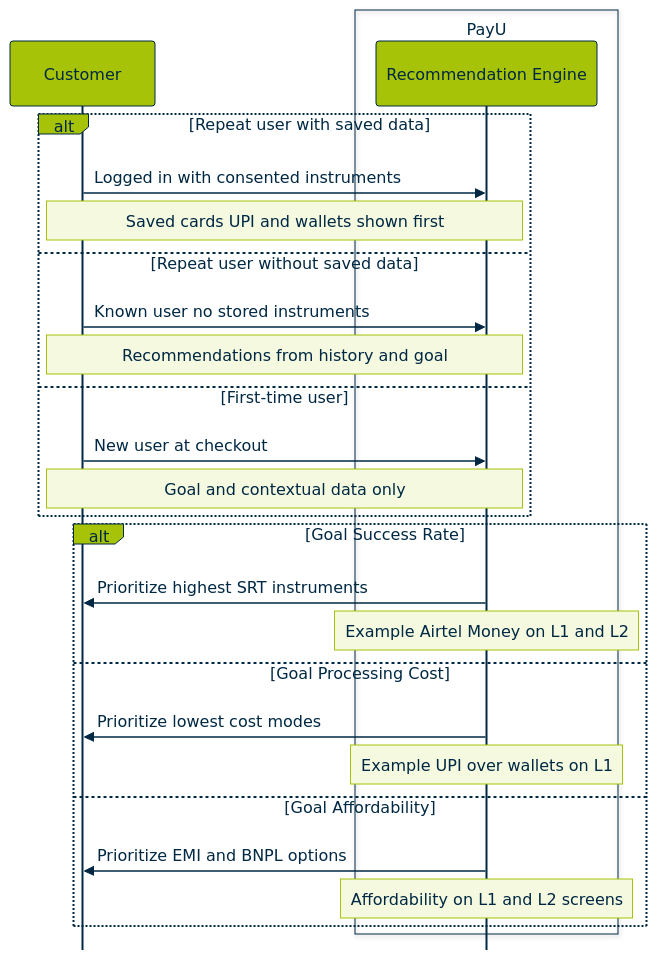
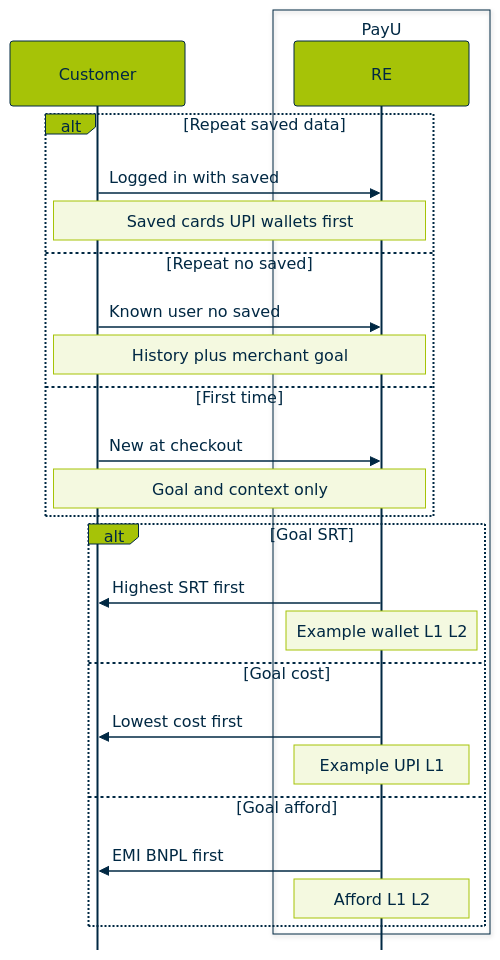
Before and after one commit to payu-india/CMS-Chatbot: diagram 13 of 17 in docs/RECYCLE BIN/internal-review-swimlane-diagrams.md, drawn with Mermaid. The commit also changed other lines of this file, not shown here.

Commit message:
Update doc `internal-review-swimlane-diagrams`

````diff
--- a/docs/RECYCLE BIN/internal-review-swimlane-diagrams.md
+++ b/docs/RECYCLE BIN/internal-review-swimlane-diagrams.md
@@ -914,64 +921,64 @@
 ```mermaid
 %%{init: {
   "theme": "base",
   "sequence": {
     "mirrorActors": false,
     "rightAngles": true,
     "messageAlign": "left",
     "fontSize": 10,
     "actorFontSize": 10,
     "noteFontSize": 10,
-    "actorMargin": 72,
-    "width": 145,
+    "actorMargin": 88,
+    "width": 175,
     "boxMargin": 8,
-    "messageMargin": 32,
-    "diagramMarginX": 45,
+    "messageMargin": 34,
+    "diagramMarginX": 48,
     "diagramMarginY": 16
   },
   "themeVariables": {
     "fontFamily": "Arial, Helvetica, sans-serif",
     "fontSize": "10px",
     "background": "#FFFFFF",
     "primaryColor": "#A6C307",
     "primaryTextColor": "#002843",
     "primaryBorderColor": "#002843",
     "secondaryColor": "#F4F9E0",
     "lineColor": "#002843",
     "textColor": "#002843",
     "actorBkg": "#A6C307",
     "actorBorder": "#002843",
     "actorTextColor": "#002843",
     "signalColor": "#002843",
     "noteBkgColor": "#F4F9E0",
     "noteTextColor": "#002843",
     "noteBorderColor": "#A6C307"
   }
 }}%%
 sequenceDiagram
     participant Customer
     box PayU
-        participant RE as Recommendation Engine
+        participant RE as RE
     end
 
-    alt Repeat user with saved data
-        Customer->>RE: Logged in with consented instruments
-        Note over Customer,RE: Saved cards UPI and wallets shown first
-    else Repeat user without saved data
-        Customer->>RE: Known user no stored instruments
-        Note over Customer,RE: Recommendations from history and goal
-    else First-time user
-        Customer->>RE: New user at checkout
-        Note over Customer,RE: Goal and contextual data only
+    alt Repeat saved data
+        Customer->>RE: Logged in with saved
+        Note over Customer,RE: Saved cards UPI wallets first
+    else Repeat no saved
+        Customer->>RE: Known user no saved
+        Note over Customer,RE: History plus merchant goal
+    else First time
+        Customer->>RE: New at checkout
+        Note over Customer,RE: Goal and context only
     end
 
-    alt Goal Success Rate
-        RE->>Customer: Prioritize highest SRT instruments
-        Note over RE: Example Airtel Money on L1 and L2
-    else Goal Processing Cost
-        RE->>Customer: Prioritize lowest cost modes
-        Note over RE: Example UPI over wallets on L1
-    else Goal Affordability
-        RE->>Customer: Prioritize EMI and BNPL options
-        Note over RE: Affordability on L1 and L2 screens
+    alt Goal SRT
+        RE->>Customer: Highest SRT first
+        Note over RE: Example wallet L1 L2
+    else Goal cost
+        RE->>Customer: Lowest cost first
+        Note over RE: Example UPI L1
+    else Goal afford
+        RE->>Customer: EMI BNPL first
+        Note over RE: Afford L1 L2
     end
 ```
````
